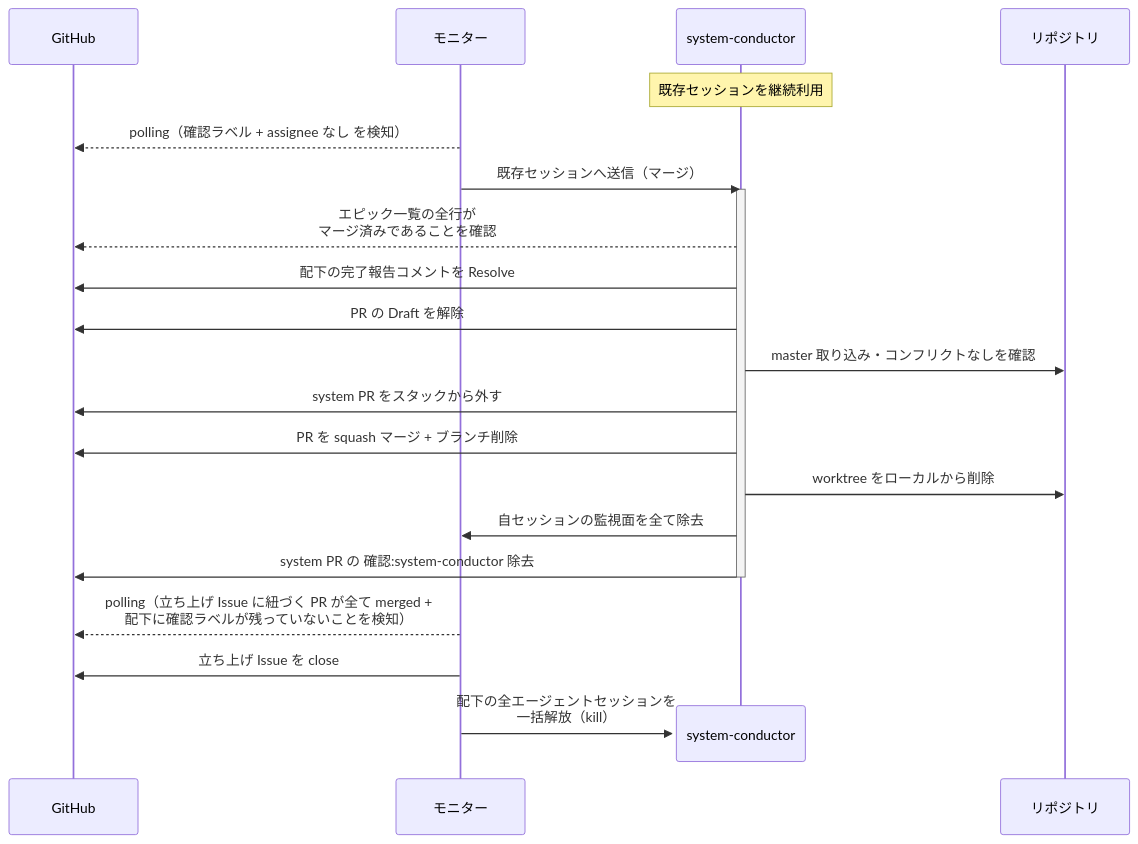
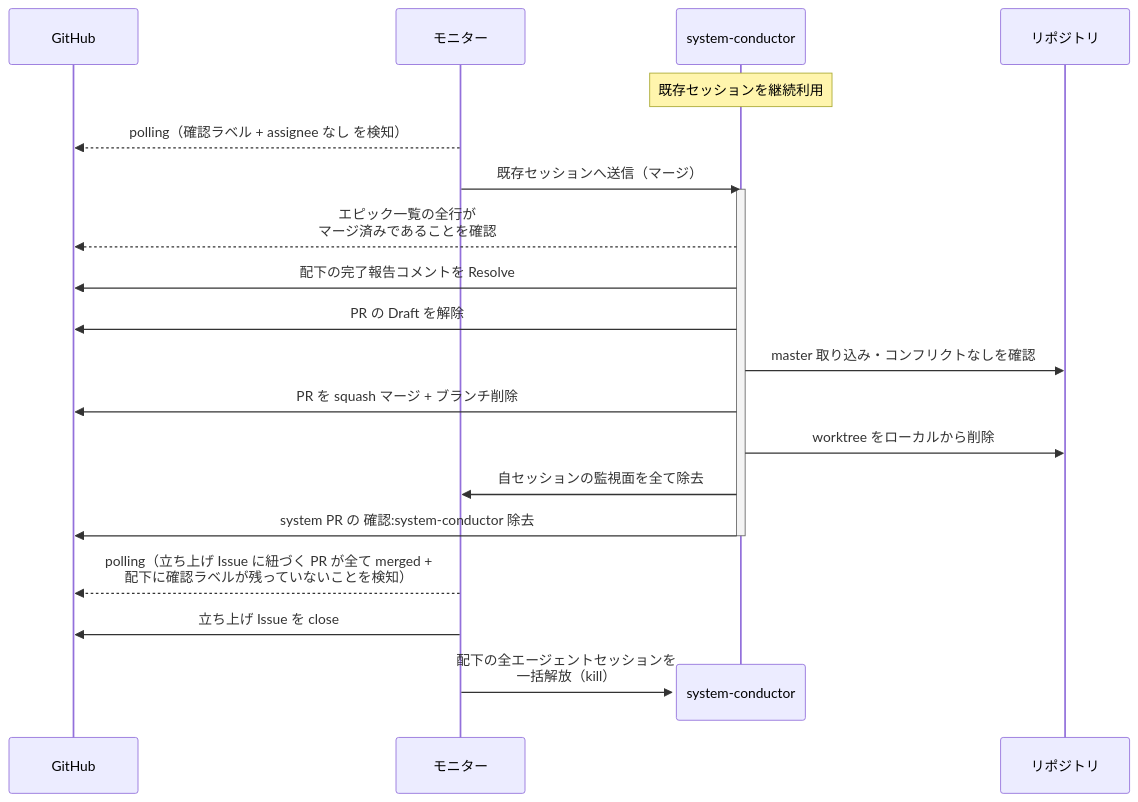
The sixth of 7 diagrams in docs/wiki/設計図/シナリオ/単一ユースケース/マージ.md (shuhei1101/ai-monitor), drawn with Mermaid before and after one commit. The commit also changed other lines of this file and 108 other files, not shown here.

````diff
--- a/docs/wiki/設計図/シナリオ/単一ユースケース/マージ.md
+++ b/docs/wiki/設計図/シナリオ/単一ユースケース/マージ.md
@@ -268,26 +262,25 @@
 ```mermaid
 sequenceDiagram
   participant GH as GitHub
   participant ORC as モニター
   participant MON as system-conductor
   participant REPO as リポジトリ
 
   Note over MON: 既存セッションを継続利用
   ORC-->>GH: polling（確認ラベル + assignee なし を検知）
   ORC->>MON: 既存セッションへ送信（マージ）
   activate MON
   MON-->>GH: エピック一覧の全行が<br>マージ済みであることを確認
   MON->>GH: 配下の完了報告コメントを Resolve
   MON->>GH: PR の Draft を解除
   MON->>REPO: master 取り込み・コンフリクトなしを確認
-  MON->>GH: system PR をスタックから外す
   MON->>GH: PR を squash マージ + ブランチ削除
   MON->>REPO: worktree をローカルから削除
   MON->>ORC: 自セッションの監視面を全て除去
   MON->>GH: system PR の 確認:system-conductor 除去
   deactivate MON
   ORC-->>GH: polling（立ち上げ Issue に紐づく PR が全て merged +<br>配下に確認ラベルが残っていないことを検知）
   ORC->>GH: 立ち上げ Issue を close
   destroy MON
   ORC->>MON: 配下の全エージェントセッションを<br>一括解放（kill）
 ```
````
